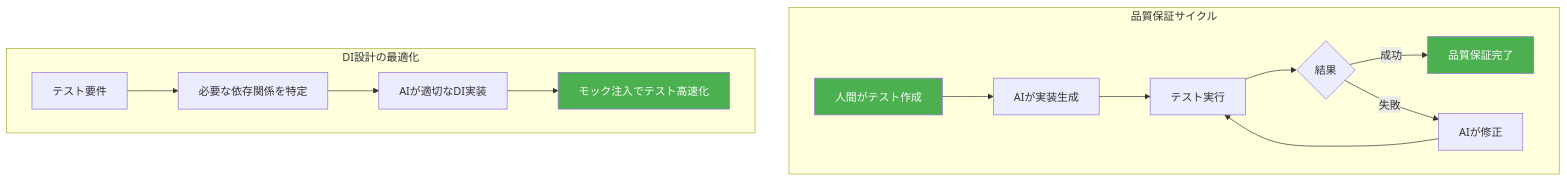
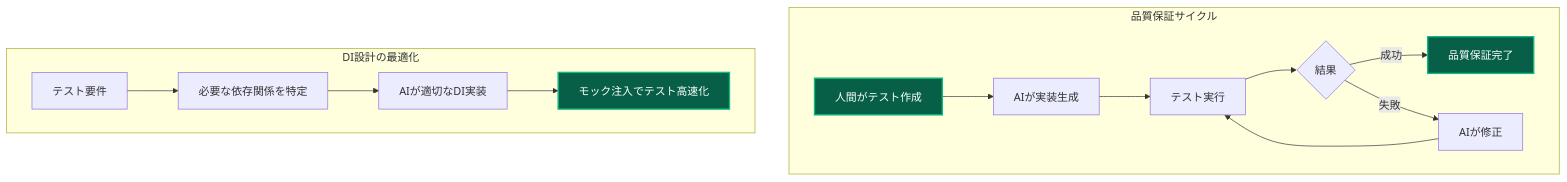
Diagram 12 of 12 in _DOCS/guides/ddd/concepts/whats-di.md (derushio/d-next-ddd-example), drawn with Mermaid before and after one commit. The commit also changed other lines of this file and 31 other files, not shown here.

Commit message:
🎨: DOCSのMermaid図表カラーテーマを暗色に統一し視認性を向上

````diff
--- a/_DOCS/guides/ddd/concepts/whats-di.md
+++ b/_DOCS/guides/ddd/concepts/whats-di.md
@@ -880,21 +880,21 @@
 ```mermaid
 graph TD
     subgraph "品質保証サイクル"
         A[人間がテスト作成] --> B[AIが実装生成]
         B --> C[テスト実行]
         C --> D{結果}
         D -->|成功| E[品質保証完了]
         D -->|失敗| F[AIが修正]
         F --> C
     end
     
     subgraph "DI設計の最適化"
         G[テスト要件] --> H[必要な依存関係を特定]
         H --> I[AIが適切なDI実装]
         I --> J[モック注入でテスト高速化]
     end
     
-    style A fill:#4caf50,color:#fff
-    style E fill:#4caf50,color:#fff
-    style J fill:#4caf50,color:#fff
+    style A fill:#065f46,stroke:#10b981,stroke-width:2px,color:#ffffff
+    style E fill:#065f46,stroke:#10b981,stroke-width:2px,color:#ffffff
+    style J fill:#065f46,stroke:#10b981,stroke-width:2px,color:#ffffff
 ```
````
